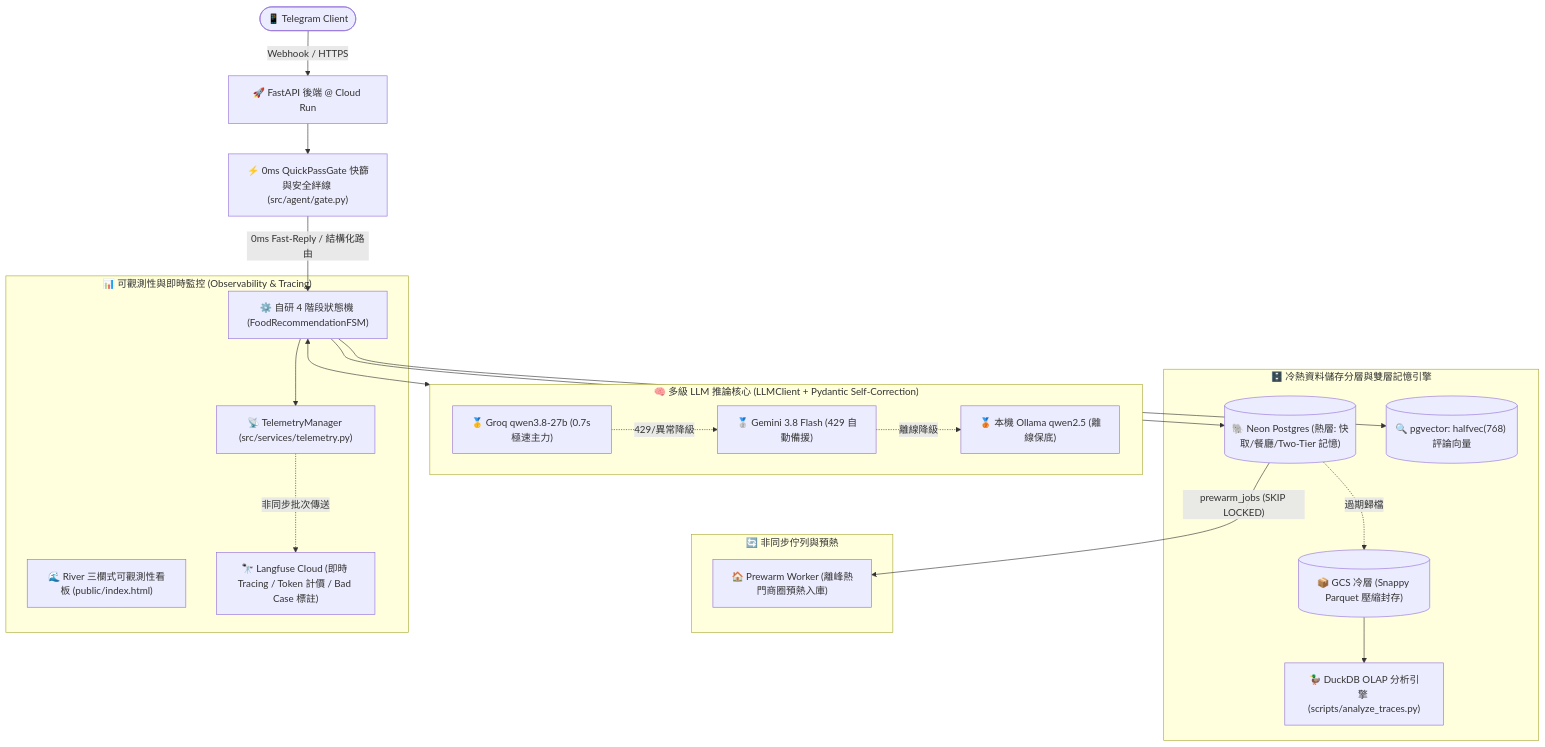
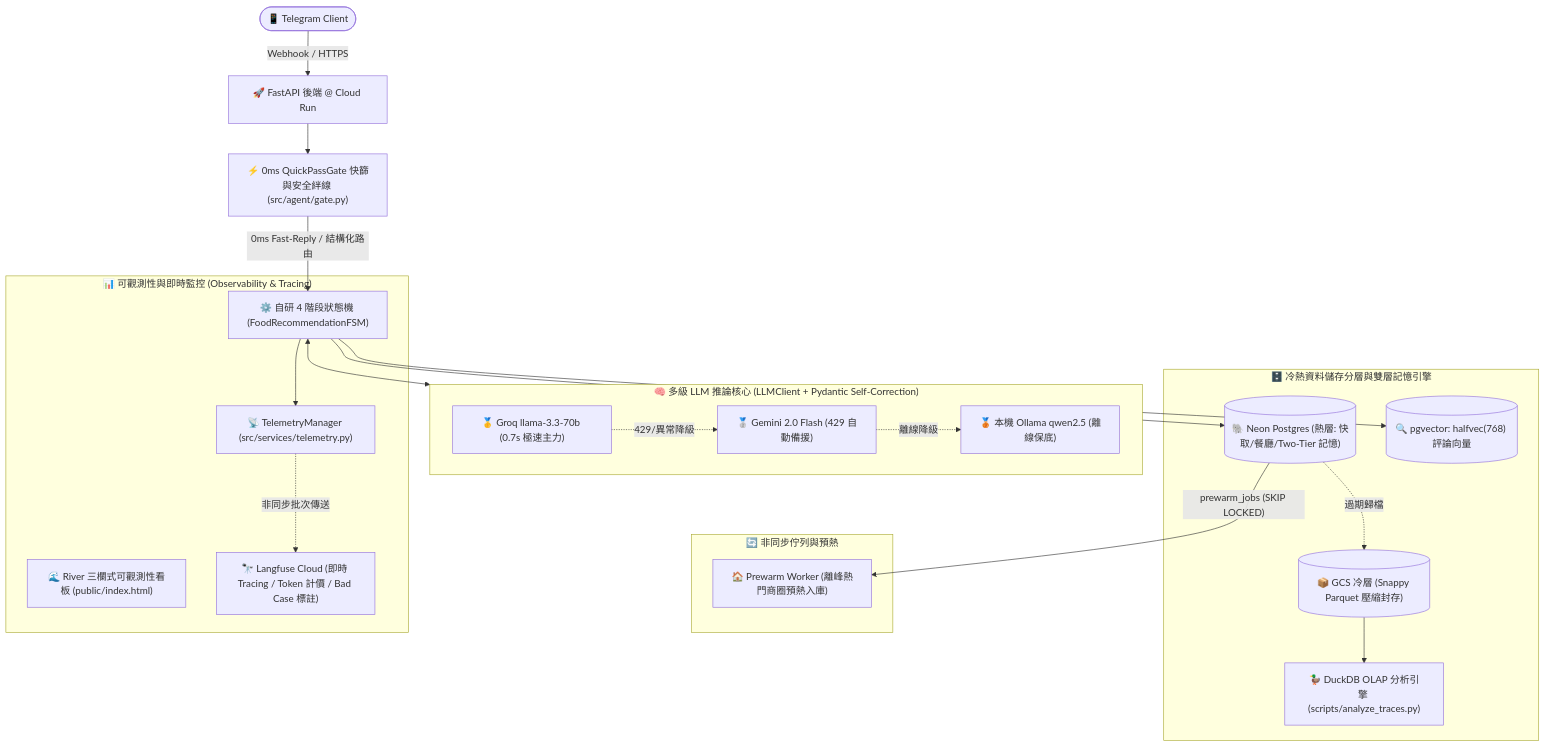
One commit to AnnieeLiuu/pickforme changed the first of 3 diagrams in docs/ARCHITECTURE.md. Above: the diagram before and after it, drawn with Mermaid. The commit also changed 8 other files, not shown here.

Commit message:
refactor(eval): replace fake eval with replay cassettes, fix model names and add architecture trade-offs

````diff
--- a/docs/ARCHITECTURE.md
+++ b/docs/ARCHITECTURE.md
@@ -15,40 +15,40 @@
 ```mermaid
 graph TD
     User(["📱 Telegram Client"]) -->|Webhook / HTTPS| Server["🚀 FastAPI 後端 @ Cloud Run"]
     Server --> Gate["⚡ 0ms QuickPassGate 快篩與安全絆線 (src/agent/gate.py)"]
     Gate -->|"0ms Fast-Reply / 結構化路由"| FSM["⚙️ 自研 4 階段狀態機 (FoodRecommendationFSM)"]
 
     subgraph LLMTier ["🧠 多級 LLM 推論核心 (LLMClient + Pydantic Self-Correction)"]
-        Groq["🥇 Groq qwen3.8-27b (0.7s 極速主力)"]
-        Gemini["🥈 Gemini 3.8 Flash (429 自動備援)"]
+        Groq["🥇 Groq llama-3.3-70b (0.7s 極速主力)"]
+        Gemini["🥈 Gemini 2.0 Flash (429 自動備援)"]
         Ollama["🥉 本機 Ollama qwen2.5 (離線保底)"]
         Groq -.->|429/異常降級| Gemini
         Gemini -.->|離線降級| Ollama
     end
 
     subgraph StorageTier ["🗄️ 冷熱資料儲存分層與雙層記憶引擎"]
         HotDB[("🐘 Neon Postgres (熱層: 快取/餐廳/Two-Tier 記憶)")]
         VectorDB[("🔍 pgvector: halfvec(768) 評論向量")]
         ColdArchive[("📦 GCS 冷層 (Snappy Parquet 壓縮封存)")]
         DuckDBEngine["🦆 DuckDB OLAP 分析引擎 (scripts/analyze_traces.py)"]
         HotDB -.->|過期歸檔| ColdArchive
         ColdArchive --> DuckDBEngine
     end
 
     subgraph BackgroundWorker ["🔄 非同步佇列與預熱"]
         LocalWorker["🏠 Prewarm Worker (離峰熱門商圈預熱入庫)"]
         HotDB -->|"prewarm_jobs (SKIP LOCKED)"| LocalWorker
     end
 
     subgraph ObservabilityTier ["📊 可觀測性與即時監控 (Observability & Tracing)"]
         RiverViewer["🌊 River 三欄式可觀測性看板 (public/index.html)"]
         LangfuseCloud["🔭 Langfuse Cloud (即時 Tracing / Token 計價 / Bad Case 標註)"]
         TelemetryMgr["📡 TelemetryManager (src/services/telemetry.py)"]
         FSM --> TelemetryMgr
         TelemetryMgr -.->|非同步批次傳送| LangfuseCloud
     end
 
     FSM <--> LLMTier
     FSM --> HotDB
     FSM --> VectorDB
 ```
````
